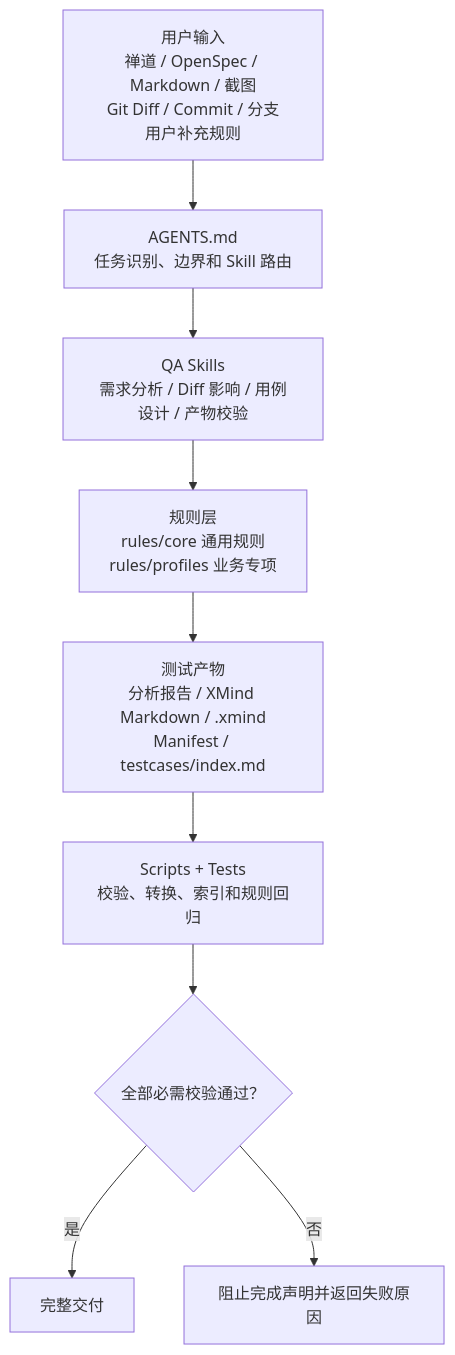
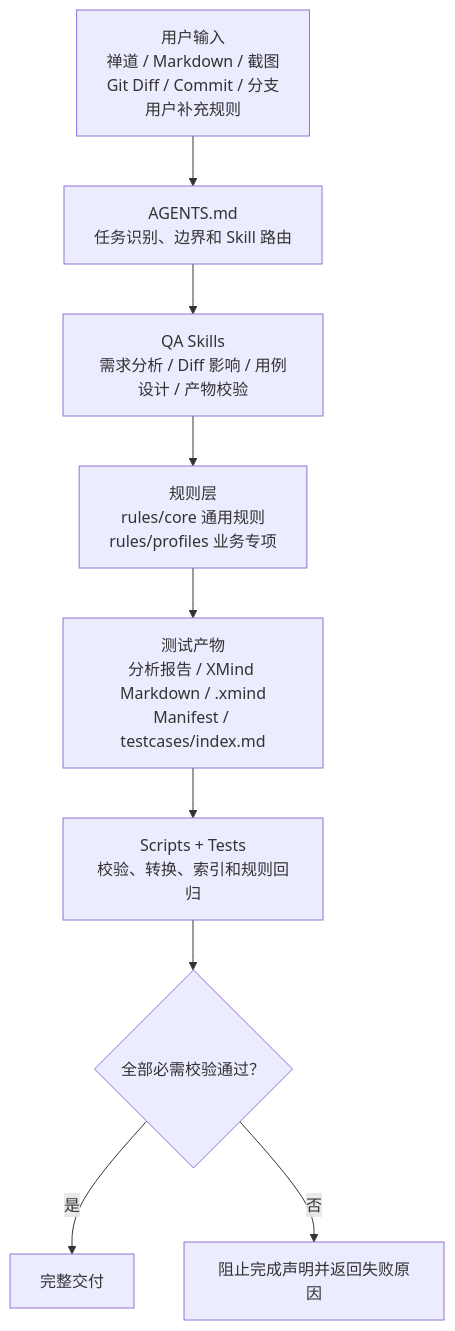
Before and after one commit to rainx23/codex-qa-agent-rules: the first of 2 diagrams in README.md, drawn with Mermaid. The commit also changed other lines of this file and 34 other files, not shown here.

First line of the commit message:
chore: remove OpenSpec support

````diff
--- a/README.md
+++ b/README.md
@@ -68,11 +68,11 @@
 ```mermaid
 flowchart TD
-    I["用户输入<br/>禅道 / OpenSpec / Markdown / 截图<br/>Git Diff / Commit / 分支<br/>用户补充规则"] --> A["AGENTS.md<br/>任务识别、边界和 Skill 路由"]
+    I["用户输入<br/>禅道 / Markdown / 截图<br/>Git Diff / Commit / 分支<br/>用户补充规则"] --> A["AGENTS.md<br/>任务识别、边界和 Skill 路由"]
     A --> S["QA Skills<br/>需求分析 / Diff 影响 / 用例设计 / 产物校验"]
     S --> R["规则层<br/>rules/core 通用规则<br/>rules/profiles 业务专项"]
     R --> O["测试产物<br/>分析报告 / XMind Markdown / .xmind<br/>Manifest / testcases/index.md"]
     O --> V["Scripts + Tests<br/>校验、转换、索引和规则回归"]
     V --> G{"全部必需校验通过？"}
     G -- "是" --> D["完整交付"]
     G -- "否" --> F["阻止完成声明并返回失败原因"]
 ```
````
